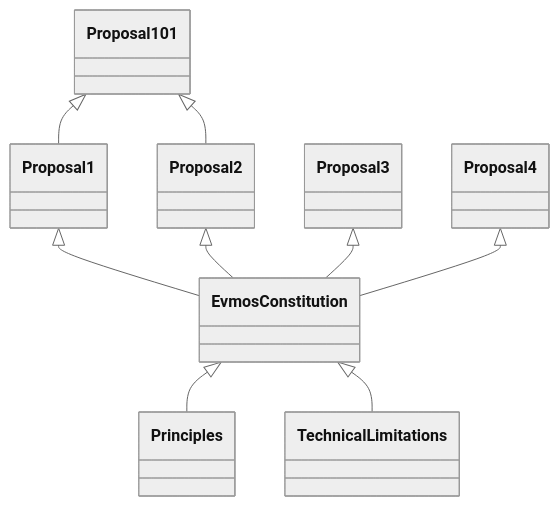
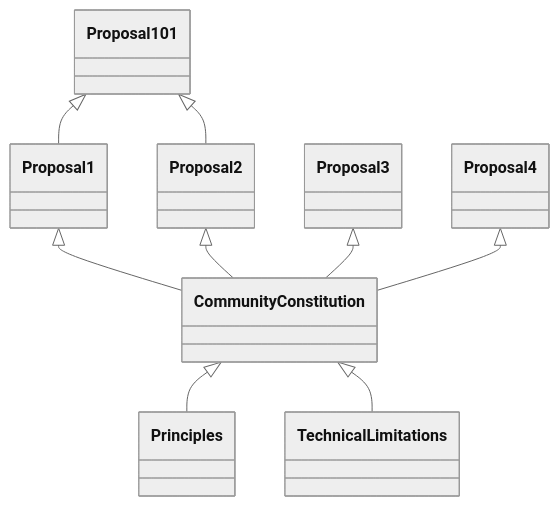
Before and after one commit to the-laurel/chain-proposals: the fourth of 4 diagrams in evmos/PrecedenceGraph.md, drawn with Mermaid (neutral theme). The commit also changed other lines of this file, not shown here.

````diff
--- a/evmos/PrecedenceGraph.md
+++ b/evmos/PrecedenceGraph.md
@@ -112,16 +112,16 @@
 ```mermaid
 classDiagram
 
-Proposal 1 <|-- Evmos Constitution
-Proposal 2 <|-- Evmos Constitution
-Proposal 3 <|-- Evmos Constitution
-Proposal 4 <|-- Evmos Constitution
+Proposal 1 <|-- Community Constitution
+Proposal 2 <|-- Community Constitution
+Proposal 3 <|-- Community Constitution
+Proposal 4 <|-- Community Constitution
 
 Proposal 101 <|-- Proposal 2
 Proposal 101 <|-- Proposal 1
 
-Evmos Constitution <|-- Principles
-Evmos Constitution <|-- Technical Limitations
+Community Constitution <|-- Principles
+Community Constitution <|-- Technical Limitations
 
 
 ```
````
